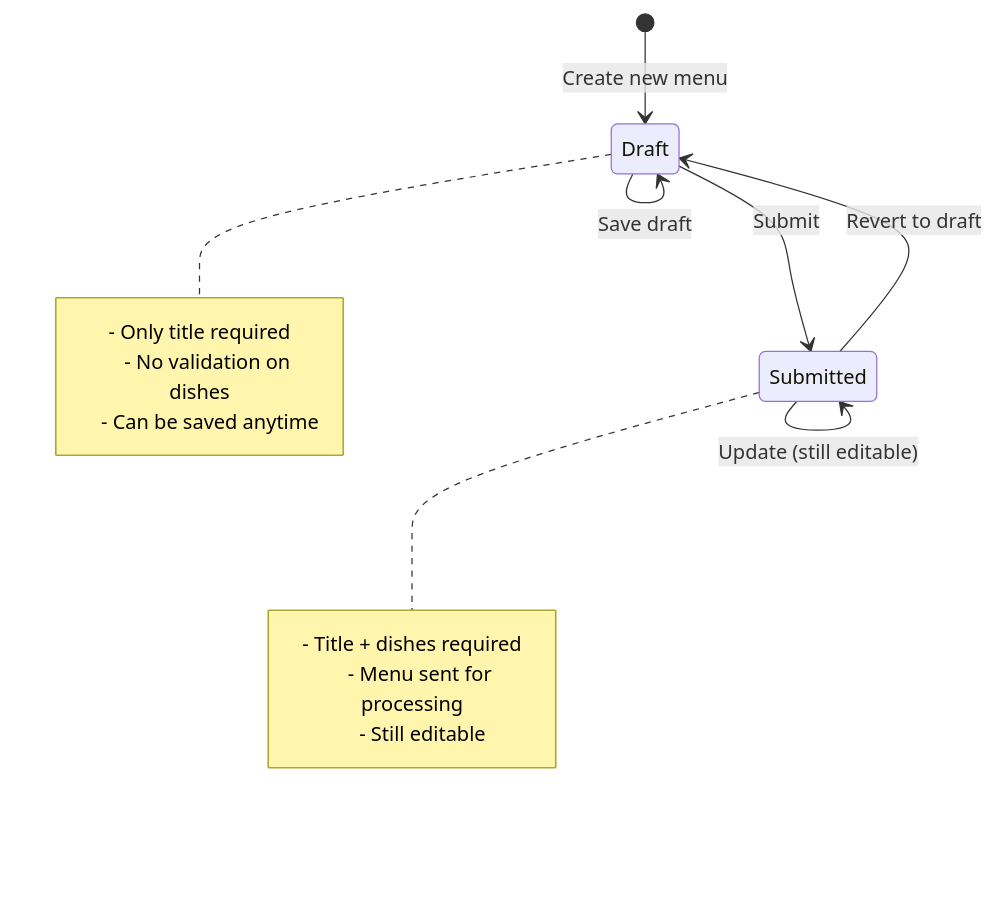
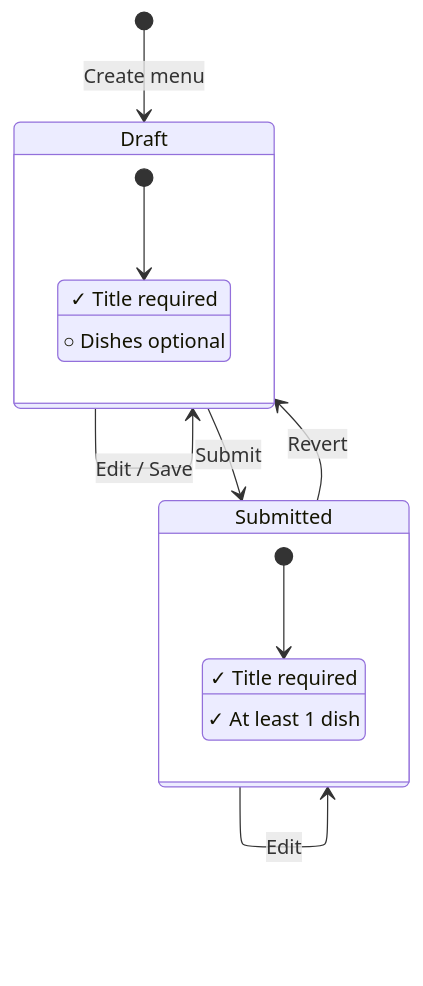
One commit to matteospanio/sf-demo-menu-intf changed the fifth of 6 diagrams in README.md. Above: the diagram before and after it, drawn with Mermaid. The commit also changed other lines of this file and 1 other file, not shown here.

````diff
--- a/README.md
+++ b/README.md
@@ -444,20 +374,22 @@
 ```mermaid
 stateDiagram-v2
-  [*] --> Draft: Create new menu
-  Draft --> Draft: Save draft
+  [*] --> Draft: Create menu
+
+  Draft --> Draft: Edit / Save
   Draft --> Submitted: Submit
-  Submitted --> Draft: Revert to draft
-  Submitted --> Submitted: Update (still editable)
 
-  note right of Draft
-    - Only title required
-    - No validation on dishes
-    - Can be saved anytime
-  end note
+  Submitted --> Draft: Revert
+  Submitted --> Submitted: Edit
 
-  note right of Submitted
-    - Title + dishes required
-    - Menu sent for processing
-    - Still editable
-  end note
+  state Draft {
+    [*] --> Valid
+    Valid: ✓ Title required
+    Valid: ○ Dishes optional
+  }
+
+  state Submitted {
+    [*] --> Complete
+    Complete: ✓ Title required
+    Complete: ✓ At least 1 dish
+  }
 ```
````
